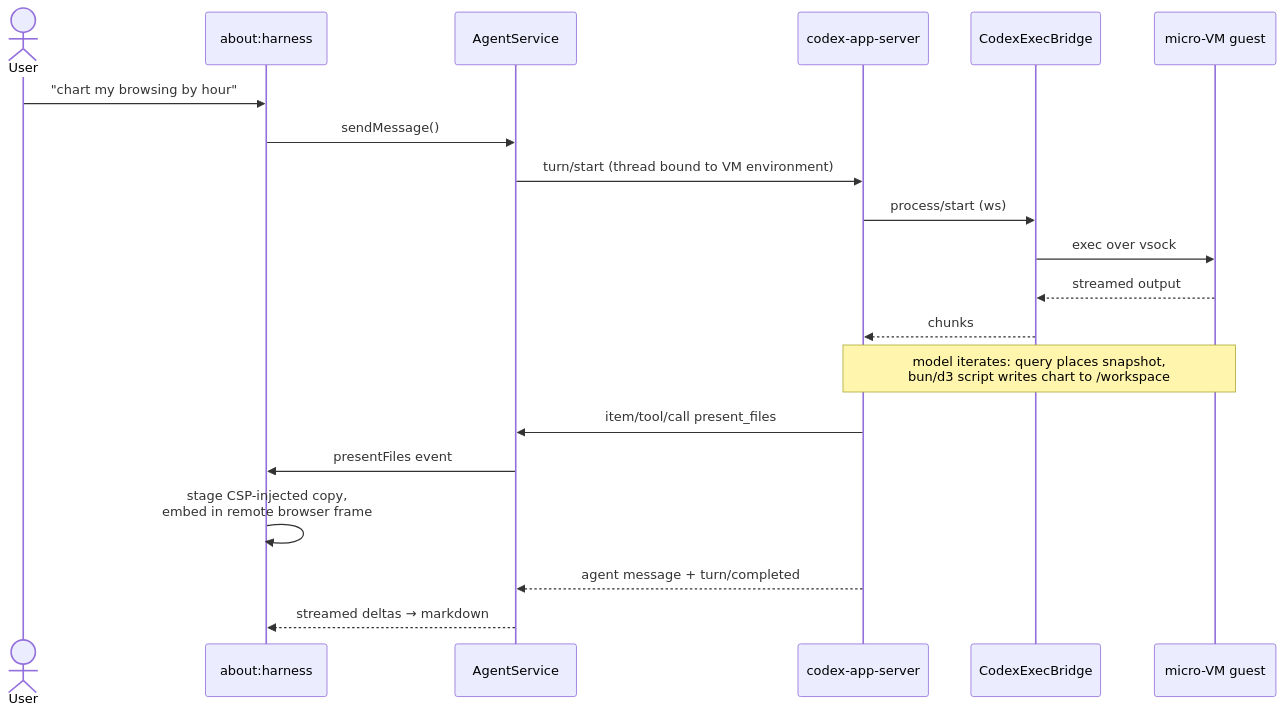
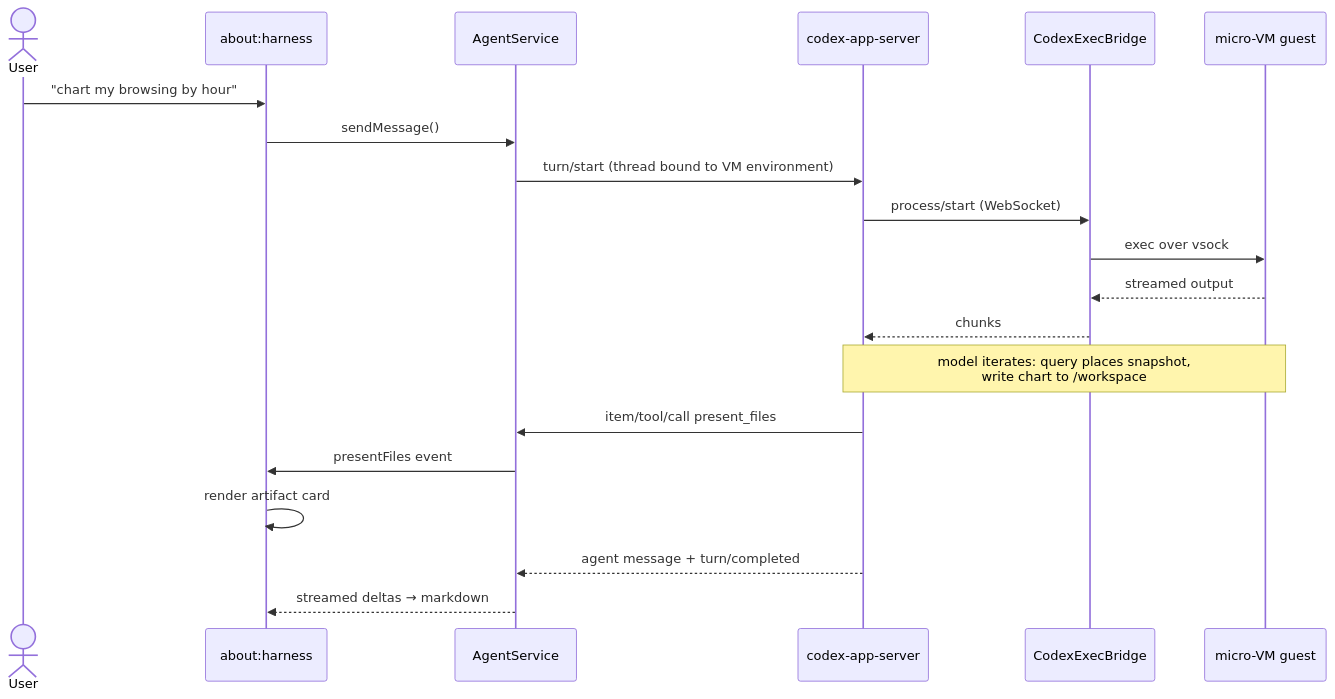
The third of 3 diagrams in browser/components/harness/docs/architecture.md (bgrins/firefox), drawn with Mermaid before and after one commit. The commit also changed other lines of this file, not shown here.

Commit message:
harness docs: architecture editorial pass — tighter diagrams (no floating nodes, merged artifact sinks), egress split into its own boundary, code refs grounding each claim

````diff
--- a/browser/components/harness/docs/architecture.md
+++ b/browser/components/harness/docs/architecture.md
@@ -137,23 +136,23 @@
 ```mermaid
 sequenceDiagram
     actor User
     participant UI as about:harness
     participant AS as AgentService
     participant CX as codex-app-server
     participant BR as CodexExecBridge
     participant VM as micro-VM guest
 
     User->>UI: "chart my browsing by hour"
     UI->>AS: sendMessage()
     AS->>CX: turn/start (thread bound to VM environment)
-    CX->>BR: process/start (ws)
+    CX->>BR: process/start (WebSocket)
     BR->>VM: exec over vsock
     VM-->>BR: streamed output
     BR-->>CX: chunks
-    Note over CX,VM: model iterates: query places snapshot,<br/>bun/d3 script writes chart to /workspace
+    Note over CX,VM: model iterates: query places snapshot,<br/>write chart to /workspace
     CX->>AS: item/tool/call present_files
     AS->>UI: presentFiles event
-    UI->>UI: stage CSP-injected copy,<br/>embed in remote browser frame
+    UI->>UI: render artifact card
     CX-->>AS: agent message + turn/completed
     AS-->>UI: streamed deltas → markdown
 ```
````
